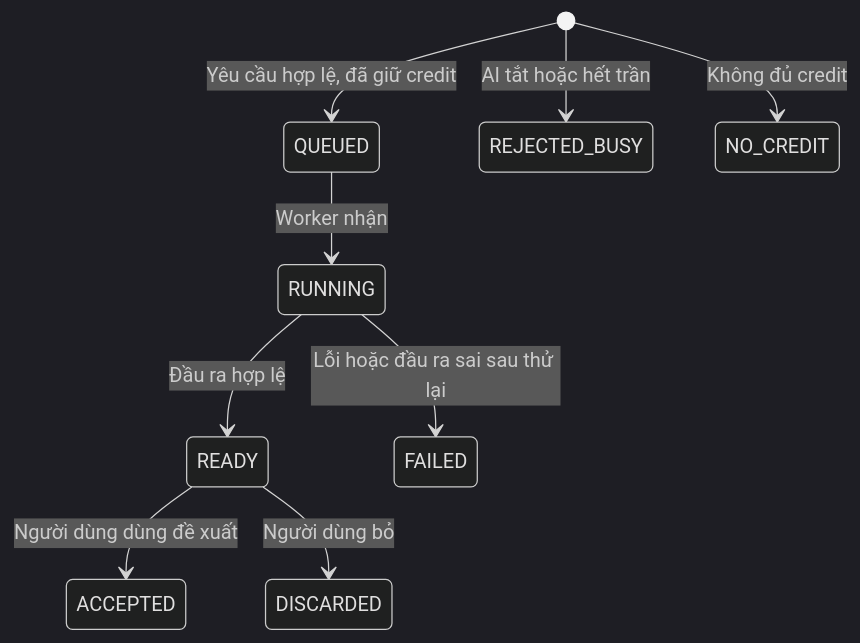
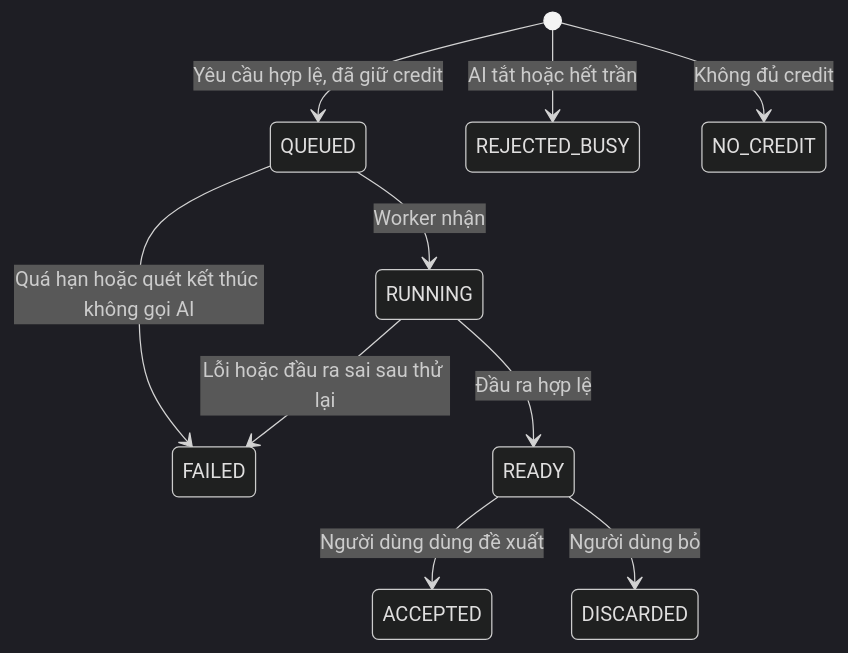
One commit to hygef-v4/AI-Powered-Learning-Platform changed the first of 3 diagrams in aidlc-docs/construction/u13-ai-code-execution/functional-design/domain-entities.md. Above: the diagram before and after it, drawn with Mermaid (dark theme). The commit also changed other lines of this file and 185 other files, not shown here.

````diff
--- a/aidlc-docs/construction/u13-ai-code-execution/functional-design/domain-entities.md
+++ b/aidlc-docs/construction/u13-ai-code-execution/functional-design/domain-entities.md
@@ -54,11 +60,12 @@
 ```mermaid
 stateDiagram-v2
     [*] --> QUEUED: Yêu cầu hợp lệ, đã giữ credit
     [*] --> REJECTED_BUSY: AI tắt hoặc hết trần
     [*] --> NO_CREDIT: Không đủ credit
     QUEUED --> RUNNING: Worker nhận
+    QUEUED --> FAILED: Quá hạn hoặc quét kết thúc không gọi AI
     RUNNING --> READY: Đầu ra hợp lệ
     RUNNING --> FAILED: Lỗi hoặc đầu ra sai sau thử lại
     READY --> ACCEPTED: Người dùng dùng đề xuất
     READY --> DISCARDED: Người dùng bỏ
 ```
````
